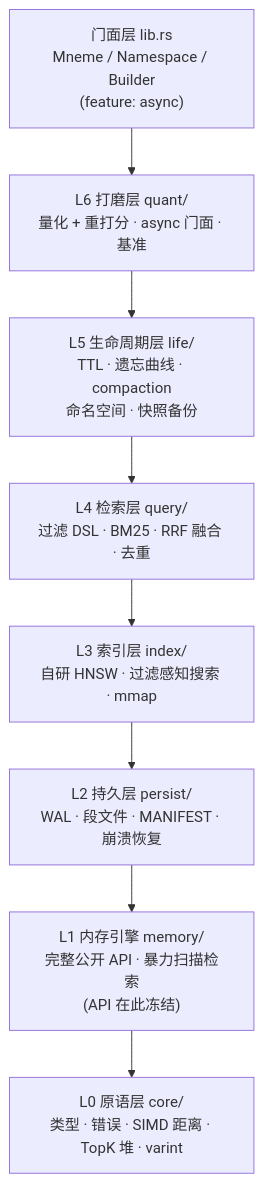
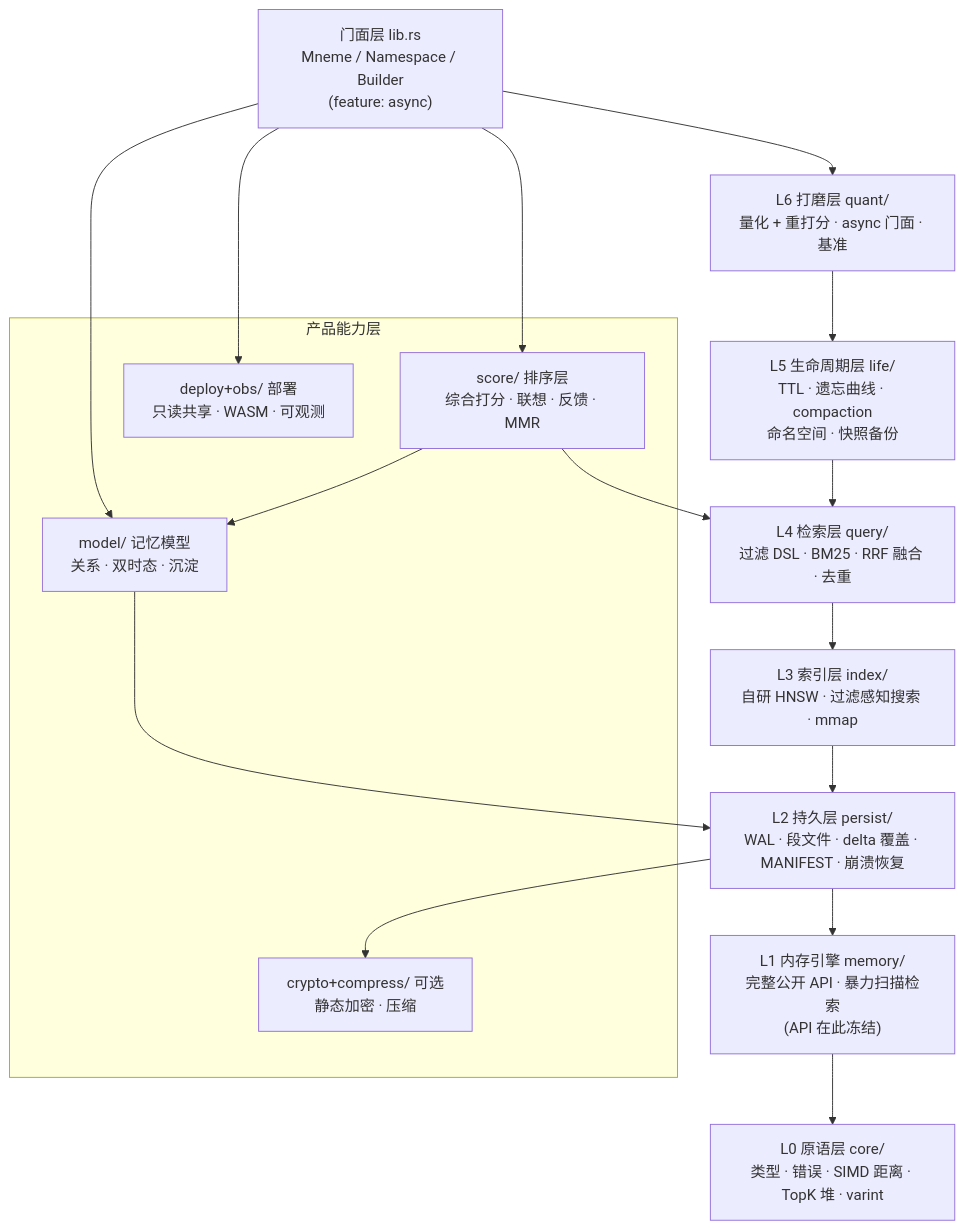
One commit to oxroot-crypto/mneme changed the diagram in docs/DESIGN.md. Above: the diagram before and after it, drawn with Mermaid. The commit also changed other lines of this file and 25 other files, not shown here.

````diff
--- a/docs/DESIGN.md
+++ b/docs/DESIGN.md
@@ -26,13 +24,27 @@
 ```mermaid
 flowchart TD
     F["门面层 lib.rs<br/>Mneme / Namespace / Builder<br/>(feature: async)"]
     Q["L6 打磨层 quant/<br/>量化 + 重打分 · async 门面 · 基准"]
     L["L5 生命周期层 life/<br/>TTL · 遗忘曲线 · compaction<br/>命名空间 · 快照备份"]
     QL["L4 检索层 query/<br/>过滤 DSL · BM25 · RRF 融合 · 去重"]
     H["L3 索引层 index/<br/>自研 HNSW · 过滤感知搜索 · mmap"]
-    P["L2 持久层 persist/<br/>WAL · 段文件 · MANIFEST · 崩溃恢复"]
+    P["L2 持久层 persist/<br/>WAL · 段文件 · delta 覆盖 · MANIFEST · 崩溃恢复"]
     M["L1 内存引擎 memory/<br/>完整公开 API · 暴力扫描检索<br/>(API 在此冻结)"]
     C["L0 原语层 core/<br/>类型 · 错误 · SIMD 距离 · TopK 堆 · varint"]
 
+    subgraph 产品能力层
+        MD["model/ 记忆模型<br/>关系 · 双时态 · 沉淀"]
+        SC["score/ 排序层<br/>综合打分 · 联想 · 反馈 · MMR"]
+        SEC["crypto+compress/ 可选<br/>静态加密 · 压缩"]
+        DEP["deploy+obs/ 部署<br/>只读共享 · WASM · 可观测"]
+    end
+
     F --> Q --> L --> QL --> H --> P --> M --> C
+    F --> MD
+    F --> SC
+    MD --> P
+    SC --> QL
+    SC --> MD
+    P --> SEC
+    F --> DEP
 ```
````
